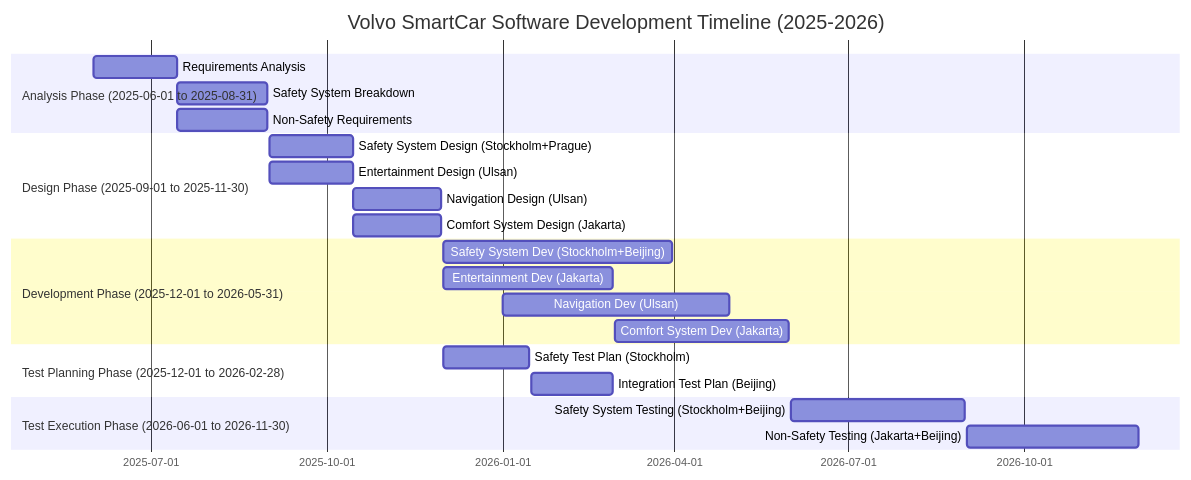
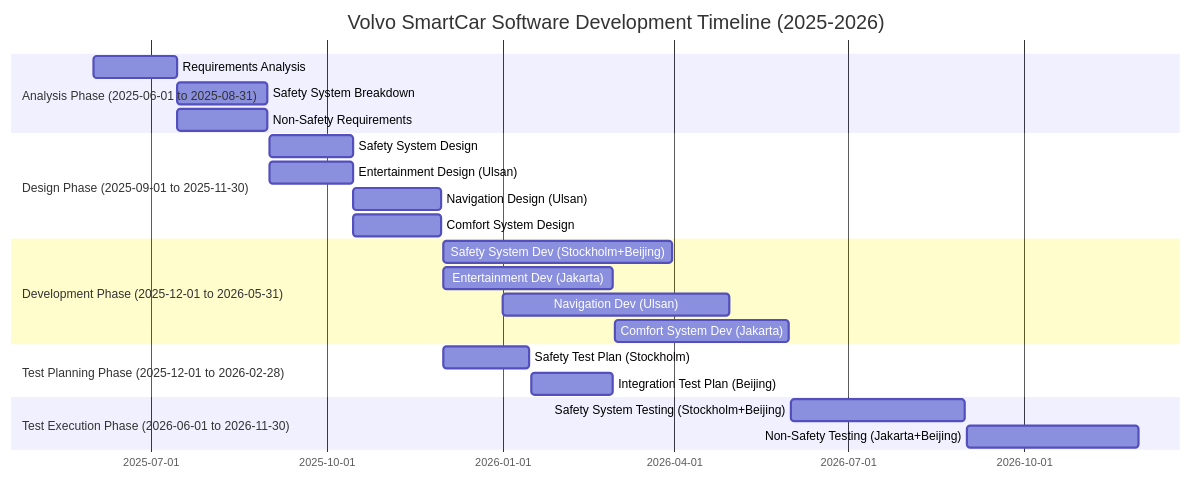
The diagram in all/代码甘特图.md (Acanddd/iodraw-files), drawn with Mermaid before and after one commit.

Commit message:
2025-05-25 13:41:09 update

````diff
--- a/all/代码甘特图.md
+++ b/all/代码甘特图.md
@@ -1,33 +1,33 @@
 ```mermaid
 gantt
     title Volvo SmartCar Software Development Timeline (2025-2026)
     dateFormat  YYYY-MM-DD
     axisFormat %Y-%m-%d
     
     section Analysis Phase (2025-06-01 to 2025-08-31)
     
     Requirements Analysis          :a1, 2025-06-01, 2025-07-15 
     
     Safety System Breakdown               :a2, after a1, 2025-08-31 
     Non-Safety Requirements            :a3, after a1, 2025-08-31
     
     section Design Phase (2025-09-01 to 2025-11-30)
-    Safety System Design (Stockholm+Prague)           :d1, 2025-09-01, 2025-10-15
+    Safety System Design          :d1, 2025-09-01, 2025-10-15
     Entertainment Design (Ulsan)                     :d2, 2025-09-01, 2025-10-15
     Navigation Design (Ulsan)                        :d3, after d2, 2025-11-30
-    Comfort System Design (Jakarta)                  :d4, after d2, 2025-11-30
+    Comfort System Design                   :d4, after d2, 2025-11-30
     
     section Development Phase (2025-12-01 to 2026-05-31)
     Safety System Dev (Stockholm+Beijing)            :dev1, 2025-12-01, 2026-03-31
     Entertainment Dev (Jakarta)                     :dev2, 2025-12-01, 2026-02-28
     Navigation Dev (Ulsan)                          :dev3, 2026-01-01, 2026-04-30
     Comfort System Dev (Jakarta)                    :dev4, 2026-03-01, 2026-05-31
     
     section Test Planning Phase (2025-12-01 to 2026-02-28)
     Safety Test Plan (Stockholm)                    :tp1, 2025-12-01, 2026-01-15
     Integration Test Plan (Beijing)                 :tp2, 2026-01-16, 2026-02-28
     
     section Test Execution Phase (2026-06-01 to 2026-11-30)
     Safety System Testing (Stockholm+Beijing)       :test1, 2026-06-01, 2026-08-31
     Non-Safety Testing (Jakarta+Beijing)           :test2, 2026-09-01, 2026-11-30
 ```
````
